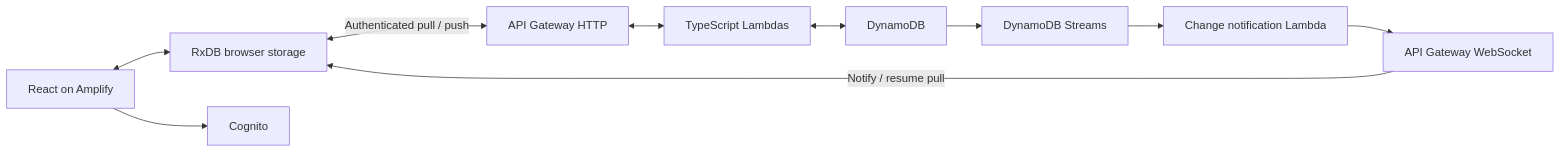
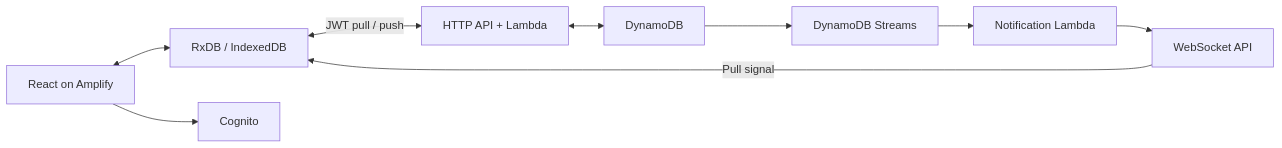
The diagram in docs/architecture.md (DustyLamp/bloxplox), drawn with Mermaid before and after one commit. The commit also changed other lines of this file and 19 other files, not shown here.

````diff
--- a/docs/architecture.md
+++ b/docs/architecture.md
@@ -19,12 +5,11 @@
 ```mermaid
 flowchart LR
-  UI[React on Amplify] <--> Local[RxDB browser storage]
+  UI[React on Amplify] <--> Local[RxDB / IndexedDB]
   UI --> Auth[Cognito]
-  Local <-->|Authenticated pull / push| API[API Gateway HTTP]
-  API <--> Functions[TypeScript Lambdas]
-  Functions <--> DB[DynamoDB]
+  Local <-->|JWT pull / push| API[HTTP API + Lambda]
+  API <--> DB[DynamoDB]
   DB --> Stream[DynamoDB Streams]
-  Stream --> Fanout[Change notification Lambda]
-  Fanout --> WS[API Gateway WebSocket]
-  WS -->|Notify / resume pull| Local
+  Stream --> Fanout[Notification Lambda]
+  Fanout --> WS[WebSocket API]
+  WS -->|Pull signal| Local
 ```
````
